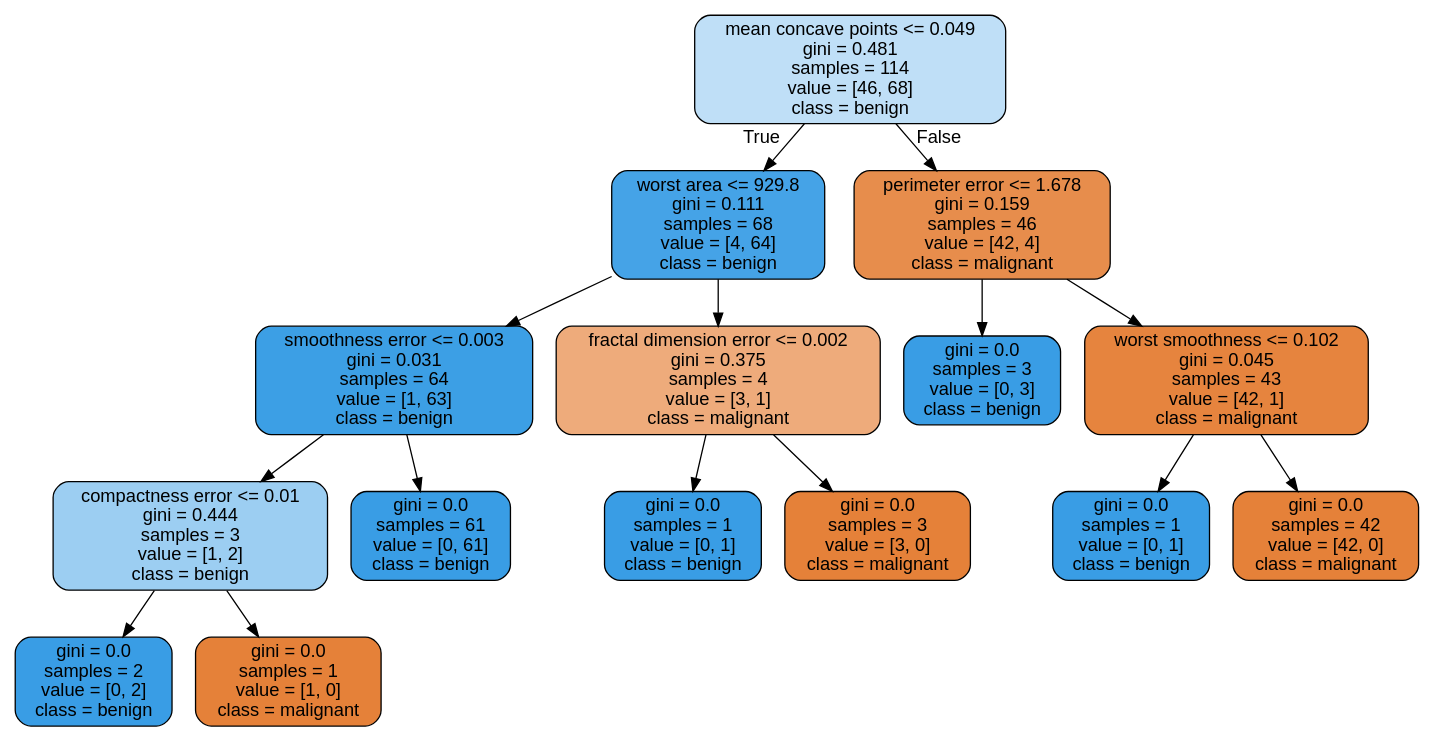
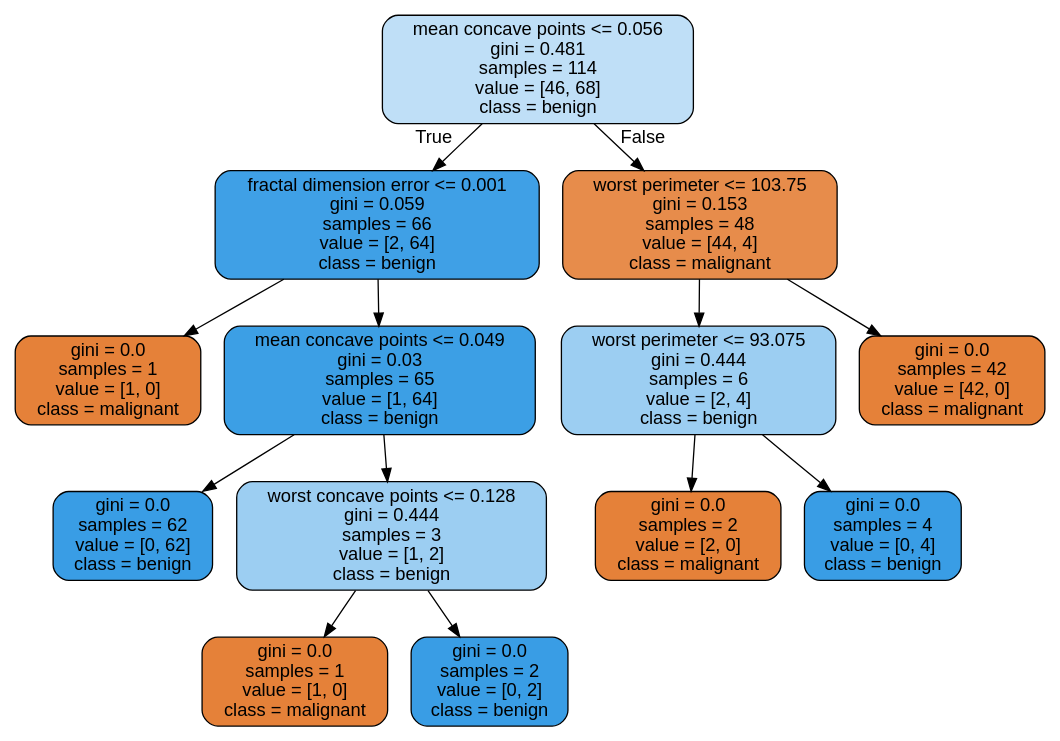
Before and after one commit to JoseDeJesusMendozaBecerril/Practica4_MineriaDeDatos: the diagram in images/decision_trees/cancer_tree_test.dot, drawn with Graphviz. The commit also changed 11 other files, not shown here.

```diff
--- a/images/decision_trees/cancer_tree_test.dot
+++ b/images/decision_trees/cancer_tree_test.dot
@@ -1,33 +1,29 @@
 digraph Tree {
 node [shape=box, style="filled, rounded", color="black", fontname=helvetica] ;
 edge [fontname=helvetica] ;
-0 [label="mean concave points <= 0.049\ngini = 0.481\nsamples = 114\nvalue = [46, 68]\nclass = benign", fillcolor="#bfdff7"] ;
-1 [label="worst area <= 929.8\ngini = 0.111\nsamples = 68\nvalue = [4, 64]\nclass = benign", fillcolor="#45a3e7"] ;
+0 [label="mean concave points <= 0.056\ngini = 0.481\nsamples = 114\nvalue = [46, 68]\nclass = benign", fillcolor="#bfdff7"] ;
+1 [label="fractal dimension error <= 0.001\ngini = 0.059\nsamples = 66\nvalue = [2, 64]\nclass = benign", fillcolor="#3fa0e6"] ;
 0 -> 1 [labeldistance=2.5, labelangle=45, headlabel="True"] ;
-2 [label="smoothness error <= 0.003\ngini = 0.031\nsamples = 64\nvalue = [1, 63]\nclass = benign", fillcolor="#3c9fe5"] ;
+2 [label="gini = 0.0\nsamples = 1\nvalue = [1, 0]\nclass = malignant", fillcolor="#e58139"] ;
 1 -> 2 ;
-3 [label="compactness error <= 0.01\ngini = 0.444\nsamples = 3\nvalue = [1, 2]\nclass = benign", fillcolor="#9ccef2"] ;
-2 -> 3 ;
-4 [label="gini = 0.0\nsamples = 2\nvalue = [0, 2]\nclass = benign", fillcolor="#399de5"] ;
+3 [label="mean concave points <= 0.049\ngini = 0.03\nsamples = 65\nvalue = [1, 64]\nclass = benign", fillcolor="#3c9fe5"] ;
+1 -> 3 ;
+4 [label="gini = 0.0\nsamples = 62\nvalue = [0, 62]\nclass = benign", fillcolor="#399de5"] ;
 3 -> 4 ;
-5 [label="gini = 0.0\nsamples = 1\nvalue = [1, 0]\nclass = malignant", fillcolor="#e58139"] ;
+5 [label="worst concave points <= 0.128\ngini = 0.444\nsamples = 3\nvalue = [1, 2]\nclass = benign", fillcolor="#9ccef2"] ;
 3 -> 5 ;
-6 [label="gini = 0.0\nsamples = 61\nvalue = [0, 61]\nclass = benign", fillcolor="#399de5"] ;
-2 -> 6 ;
-7 [label="fractal dimension error <= 0.002\ngini = 0.375\nsamples = 4\nvalue = [3, 1]\nclass = malignant", fillcolor="#eeab7b"] ;
-1 -> 7 ;
-8 [label="gini = 0.0\nsamples = 1\nvalue = [0, 1]\nclass = benign", fillcolor="#399de5"] ;
-7 -> 8 ;
-9 [label="gini = 0.0\nsamples = 3\nvalue = [3, 0]\nclass = malignant", fillcolor="#e58139"] ;
-7 -> 9 ;
-10 [label="perimeter error <= 1.678\ngini = 0.159\nsamples = 46\nvalue = [42, 4]\nclass = malignant", fillcolor="#e78d4c"] ;
-0 -> 10 [labeldistance=2.5, labelangle=-45, headlabel="False"] ;
-11 [label="gini = 0.0\nsamples = 3\nvalue = [0, 3]\nclass = benign", fillcolor="#399de5"] ;
-10 -> 11 ;
-12 [label="worst smoothness <= 0.102\ngini = 0.045\nsamples = 43\nvalue = [42, 1]\nclass = malignant", fillcolor="#e6843e"] ;
-10 -> 12 ;
-13 [label="gini = 0.0\nsamples = 1\nvalue = [0, 1]\nclass = benign", fillcolor="#399de5"] ;
-12 -> 13 ;
-14 [label="gini = 0.0\nsamples = 42\nvalue = [42, 0]\nclass = malignant", fillcolor="#e58139"] ;
-12 -> 14 ;
+6 [label="gini = 0.0\nsamples = 1\nvalue = [1, 0]\nclass = malignant", fillcolor="#e58139"] ;
+5 -> 6 ;
+7 [label="gini = 0.0\nsamples = 2\nvalue = [0, 2]\nclass = benign", fillcolor="#399de5"] ;
+5 -> 7 ;
+8 [label="worst perimeter <= 103.75\ngini = 0.153\nsamples = 48\nvalue = [44, 4]\nclass = malignant", fillcolor="#e78c4b"] ;
+0 -> 8 [labeldistance=2.5, labelangle=-45, headlabel="False"] ;
+9 [label="worst perimeter <= 93.075\ngini = 0.444\nsamples = 6\nvalue = [2, 4]\nclass = benign", fillcolor="#9ccef2"] ;
+8 -> 9 ;
+10 [label="gini = 0.0\nsamples = 2\nvalue = [2, 0]\nclass = malignant", fillcolor="#e58139"] ;
+9 -> 10 ;
+11 [label="gini = 0.0\nsamples = 4\nvalue = [0, 4]\nclass = benign", fillcolor="#399de5"] ;
+9 -> 11 ;
+12 [label="gini = 0.0\nsamples = 42\nvalue = [42, 0]\nclass = malignant", fillcolor="#e58139"] ;
+8 -> 12 ;
 }
```
